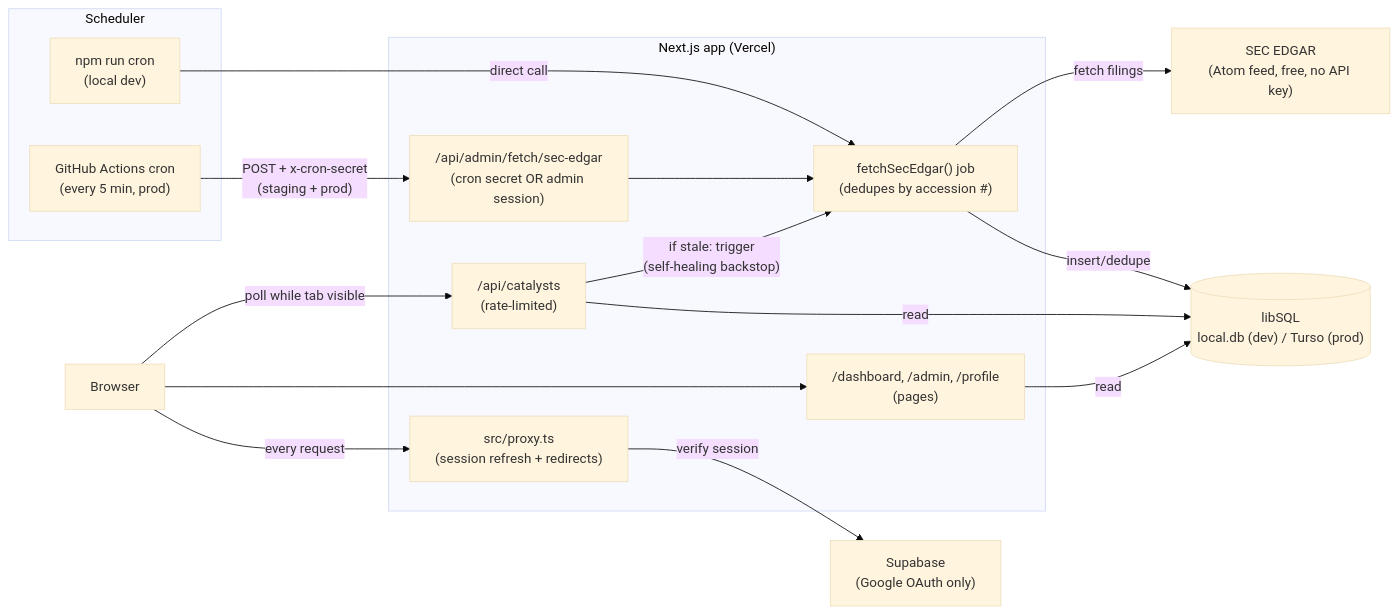
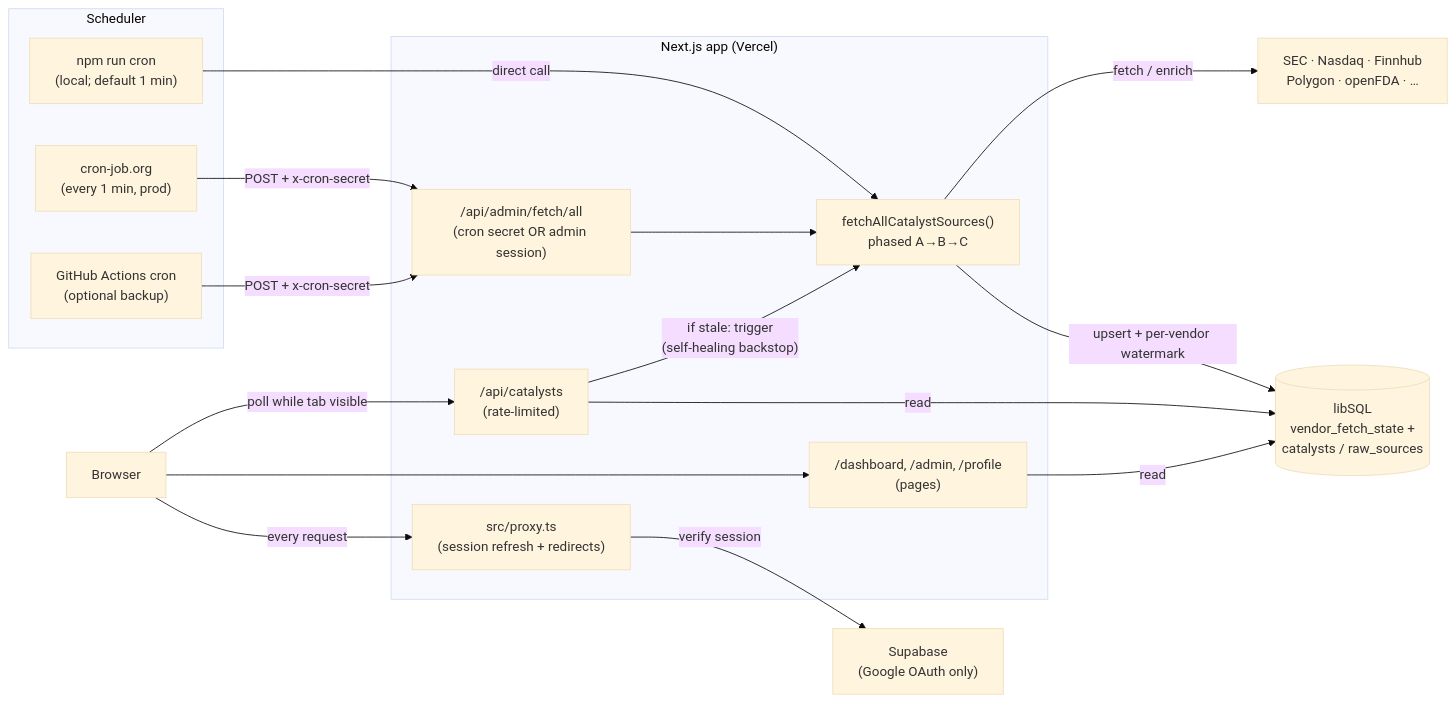
Before and after one commit to catalystintel/catalyst-intel: the diagram in ARCHITECTURE.md, drawn with Mermaid (base theme). The commit also changed other lines of this file and 14 other files, not shown here.

First line of the commit message:
feat: per-vendor watermarks and Polygon 429 catch-up windows

````diff
--- a/ARCHITECTURE.md
+++ b/ARCHITECTURE.md
@@ -13,34 +14,36 @@
 ```mermaid
 flowchart LR
     subgraph Scheduler["Scheduler"]
-        GHA["GitHub Actions cron\n(every 5 min, prod)"]
-        LocalCron["npm run cron\n(local dev)"]
+        CronJobOrg["cron-job.org\n(every 1 min, prod)"]
+        GHA["GitHub Actions cron\n(optional backup)"]
+        LocalCron["npm run cron\n(local; default 1 min)"]
     end
 
     subgraph App["Next.js app (Vercel)"]
-        AdminAPI["/api/admin/fetch/sec-edgar\n(cron secret OR admin session)"]
-        Job["fetchSecEdgar() job\n(dedupes by accession #)"]
+        AdminAPI["/api/admin/fetch/all\n(cron secret OR admin session)"]
+        Job["fetchAllCatalystSources()\nphased A→B→C"]
         CatalystsAPI["/api/catalysts\n(rate-limited)"]
         Proxy["src/proxy.ts\n(session refresh + redirects)"]
         Dashboard["/dashboard, /admin, /profile\n(pages)"]
     end
 
-    SEC["SEC EDGAR\n(Atom feed, free, no API key)"]
-    DB[("libSQL\nlocal.db (dev) / Turso (prod)")]
+    Vendors["SEC · Nasdaq · Finnhub\nPolygon · openFDA · …"]
+    DB[("libSQL\nvendor_fetch_state +\ncatalysts / raw_sources")]
     Supabase["Supabase\n(Google OAuth only)"]
     Browser["Browser"]
 
-    GHA -- "POST + x-cron-secret\n(staging + prod)" --> AdminAPI
+    CronJobOrg -- "POST + x-cron-secret" --> AdminAPI
+    GHA -- "POST + x-cron-secret" --> AdminAPI
     LocalCron -- "direct call" --> Job
     AdminAPI --> Job
-    Job -- "fetch filings" --> SEC
-    Job -- "insert/dedupe" --> DB
+    Job -- "fetch / enrich" --> Vendors
+    Job -- "upsert + per-vendor watermark" --> DB
 
     Browser -- "poll while tab visible" --> CatalystsAPI
     CatalystsAPI -- "read" --> DB
     CatalystsAPI -- "if stale: trigger\n(self-healing backstop)" --> Job
     Browser -- "every request" --> Proxy
     Proxy -- "verify session" --> Supabase
     Browser --> Dashboard
     Dashboard -- "read" --> DB
 ```
````
